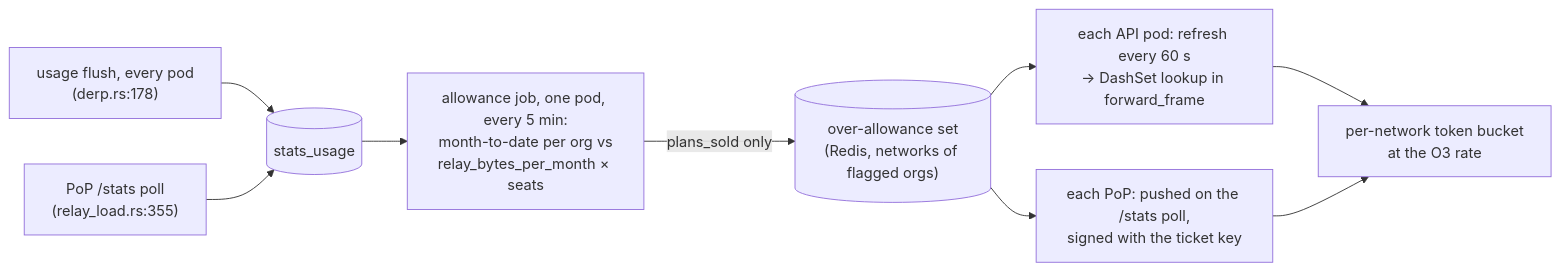
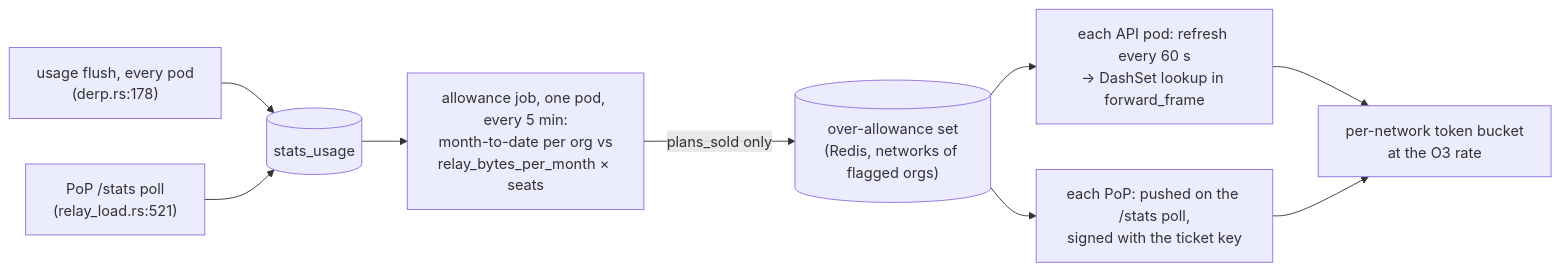
One commit to gjovanov/roomler-ai changed the fourth of 6 diagrams in docs/fr/FR-115-pricing-reshape.md. Above: the diagram before and after it, drawn with Mermaid. The commit also changed other lines of this file and 20 other files, not shown here.

````diff
--- a/docs/fr/FR-115-pricing-reshape.md
+++ b/docs/fr/FR-115-pricing-reshape.md
@@ -351,10 +351,10 @@
 ```mermaid
 flowchart LR
     FL["usage flush, every pod<br/>(derp.rs:178)"] --> L[("stats_usage")]
-    PP["PoP /stats poll<br/>(relay_load.rs:355)"] --> L
+    PP["PoP /stats poll<br/>(relay_load.rs:521)"] --> L
     L --> J["allowance job, one pod, every 5 min:<br/>month-to-date per org vs<br/>relay_bytes_per_month × seats"]
     J -->|plans_sold only| S[("over-allowance set<br/>(Redis, networks of flagged orgs)")]
     S --> A["each API pod: refresh every 60 s<br/>→ DashSet lookup in forward_frame"]
     S --> P["each PoP: pushed on the /stats poll,<br/>signed with the ticket key"]
     A & P --> TB["per-network token bucket<br/>at the O3 rate"]
 ```
````
